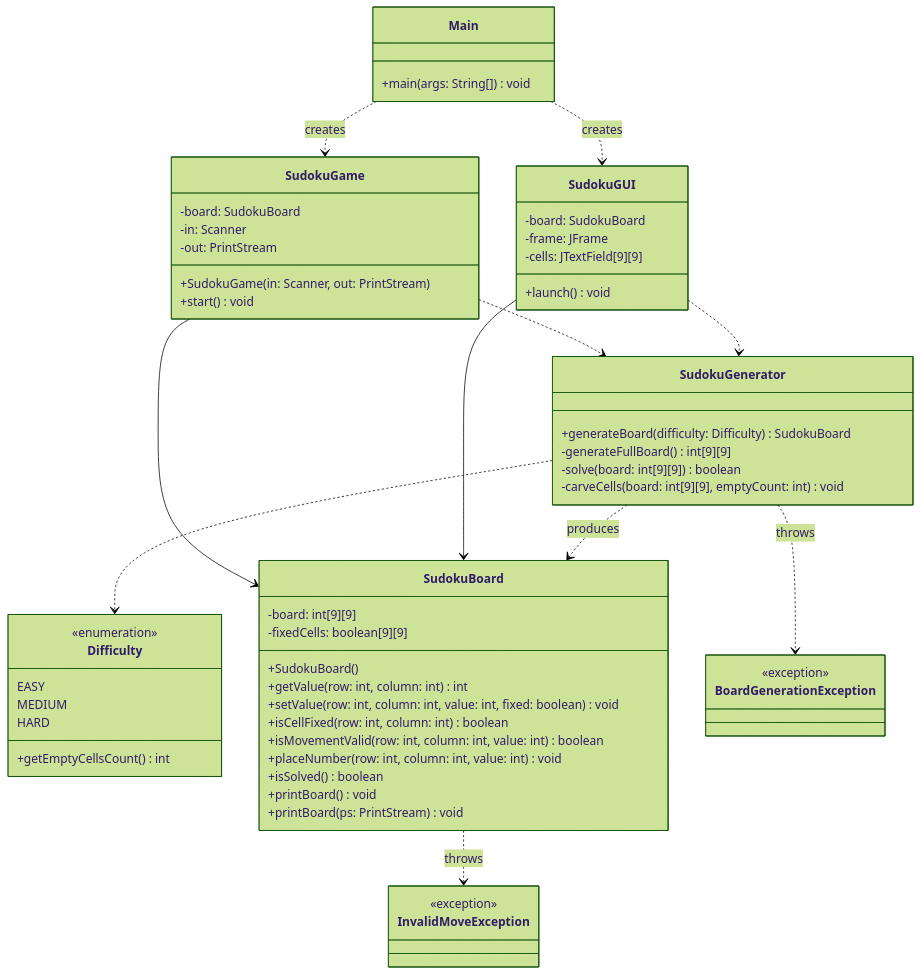
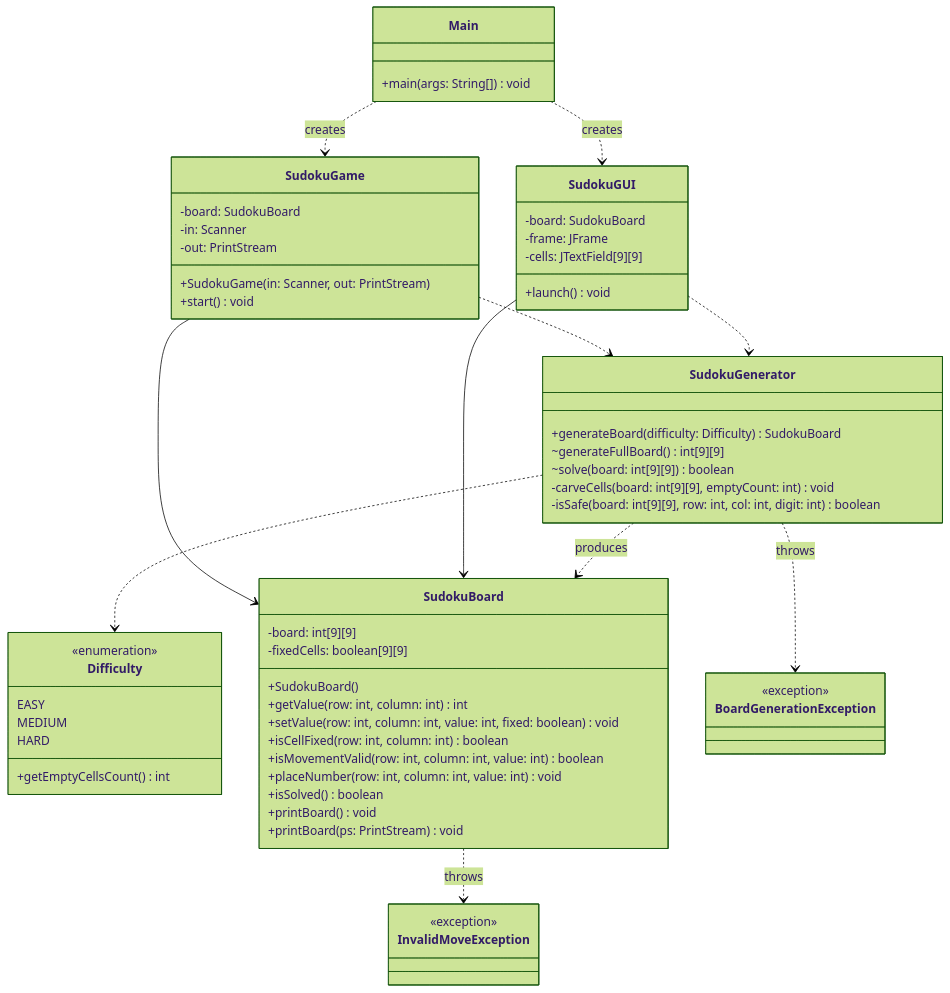
The first of 3 diagrams in docs/architecture/uml-classes.md (DaniRZ10/proyecto-sudoku), drawn with Mermaid (forest theme) before and after one commit.

Commit message:
T015: Sync UML diagram with SudokuGenerator

````diff
--- a/docs/architecture/uml-classes.md
+++ b/docs/architecture/uml-classes.md
@@ -7,69 +7,70 @@
 ```mermaid
 classDiagram
     class Main {
         +main(args: String[]) void
     }
 
     class Difficulty {
         <<enumeration>>
         EASY
         MEDIUM
         HARD
         +getEmptyCellsCount() int
     }
 
     class SudokuBoard {
         -board: int[9][9]
         -fixedCells: boolean[9][9]
         +SudokuBoard()
         +getValue(row: int, column: int) int
         +setValue(row: int, column: int, value: int, fixed: boolean) void
         +isCellFixed(row: int, column: int) boolean
         +isMovementValid(row: int, column: int, value: int) boolean
         +placeNumber(row: int, column: int, value: int) void
         +isSolved() boolean
         +printBoard() void
         +printBoard(ps: PrintStream) void
     }
 
     class SudokuGenerator {
         +generateBoard(difficulty: Difficulty) SudokuBoard
-        -generateFullBoard() int[9][9]
-        -solve(board: int[9][9]) boolean
+        ~generateFullBoard() int[9][9]
+        ~solve(board: int[9][9]) boolean
         -carveCells(board: int[9][9], emptyCount: int) void
+        -isSafe(board: int[9][9], row: int, col: int, digit: int) boolean
     }
 
     class SudokuGame {
         -board: SudokuBoard
         -in: Scanner
         -out: PrintStream
         +SudokuGame(in: Scanner, out: PrintStream)
         +start() void
     }
 
     class SudokuGUI {
         -board: SudokuBoard
         -frame: JFrame
         -cells: JTextField[9][9]
         +launch() void
     }
 
     class InvalidMoveException {
         <<exception>>
     }
 
     class BoardGenerationException {
         <<exception>>
     }
 
     Main ..> SudokuGame : creates
     Main ..> SudokuGUI : creates
     SudokuGame --> SudokuBoard
     SudokuGame ..> SudokuGenerator
     SudokuGUI --> SudokuBoard
     SudokuGUI ..> SudokuGenerator
     SudokuGenerator ..> Difficulty
     SudokuGenerator ..> SudokuBoard : produces
     SudokuBoard ..> InvalidMoveException : throws
     SudokuGenerator ..> BoardGenerationException : throws
 ```
````
